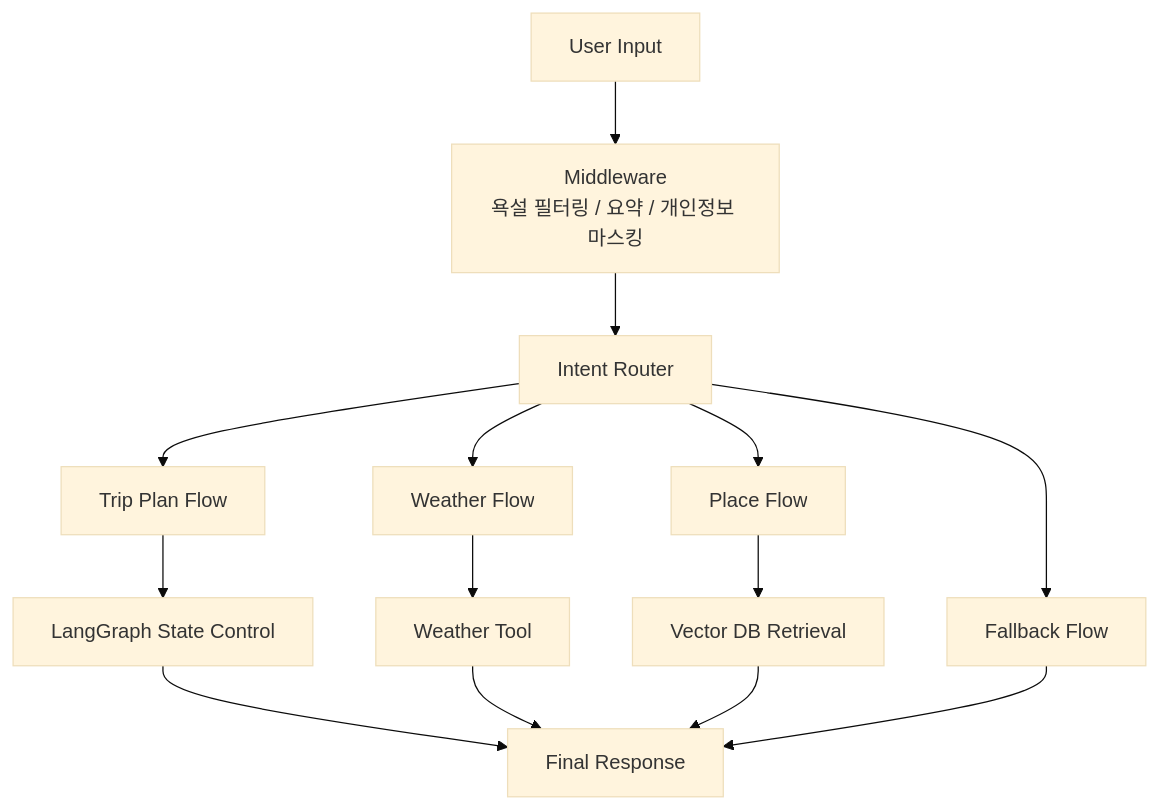
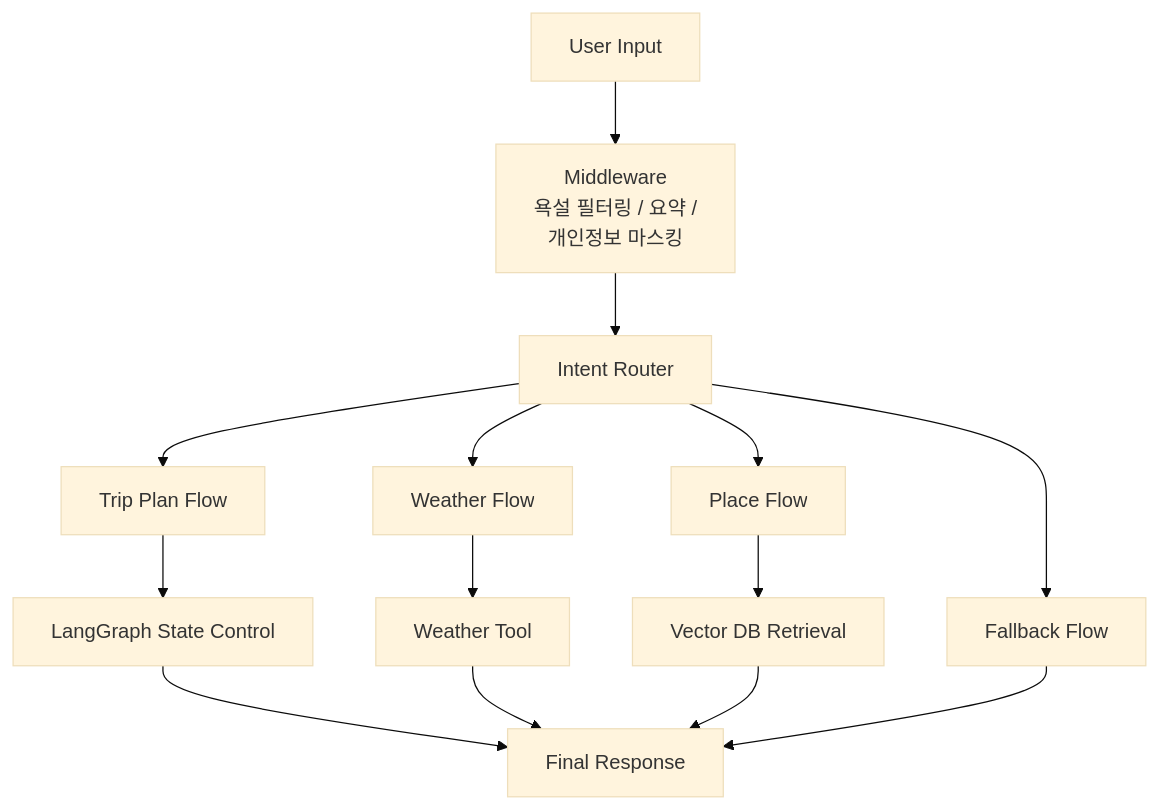
Before and after one commit to lo1f0306/TRIP_DOT_ZIP: the first of 3 diagrams in README.md, drawn with Mermaid (base theme). The commit also changed other lines of this file, not shown here.

````diff
--- a/README.md
+++ b/README.md
@@ -143,21 +143,21 @@
 ```mermaid
 flowchart TD
 
-A[User Input] --> B[Middleware<br/>욕설 필터링 / 요약 / 개인정보 마스킹]
+A[User Input] --> B[Middleware<br/>욕설 필터링 / 요약 /<br/>개인정보 마스킹]
 
 B --> C[Intent Router]
 
 C --> D1[Trip Plan Flow]
 C --> D2[Weather Flow]
 C --> D3[Place Flow]
 C --> D4[Fallback Flow]
 
 D1 --> E1[LangGraph State Control]
 D2 --> E2[Weather Tool]
 D3 --> E3[Vector DB Retrieval]
 
 E1 --> F[Final Response]
 E2 --> F
 E3 --> F
 D4 --> F
 ```
````
